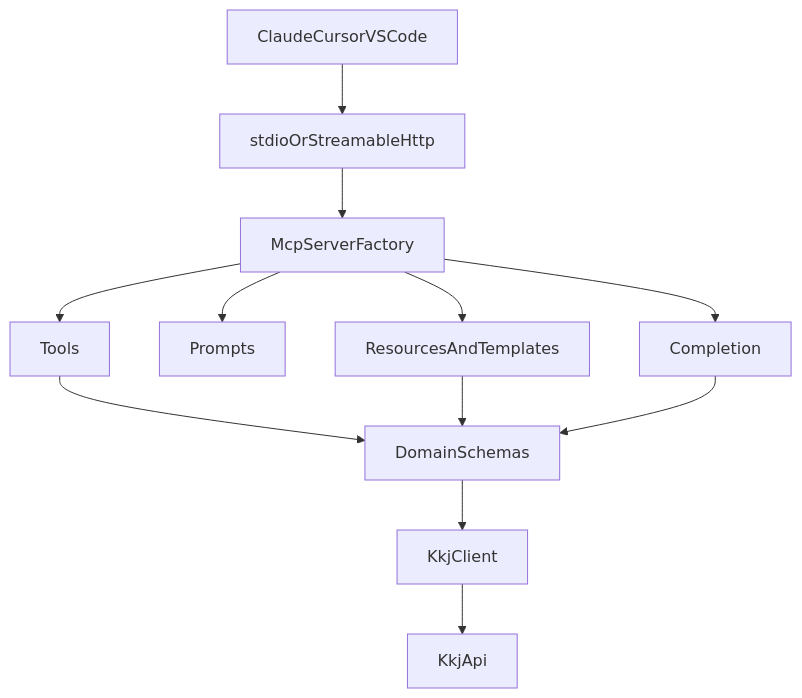
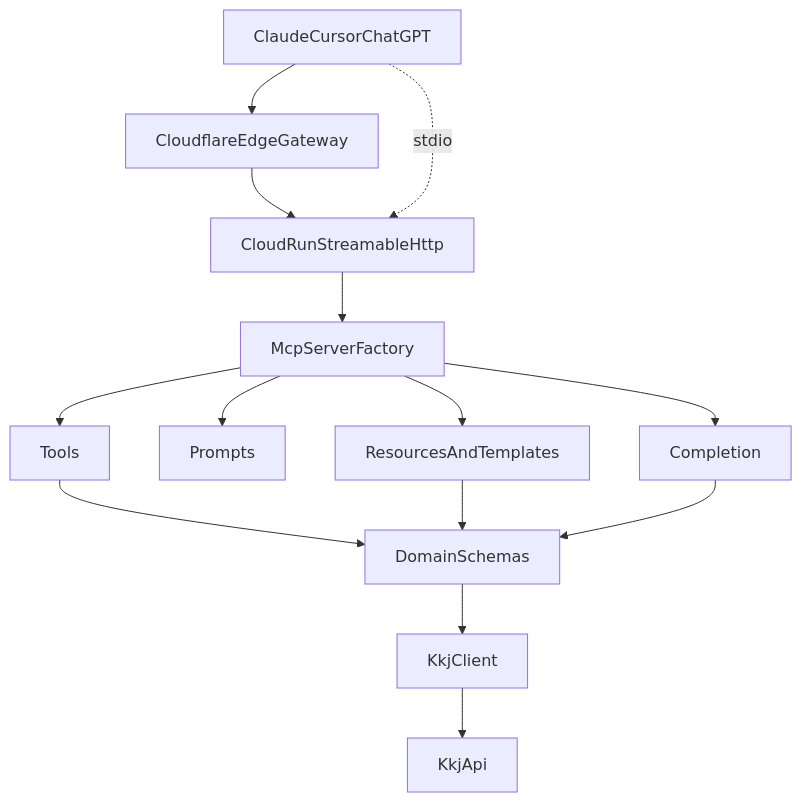
Before and after one commit to sugukurukabe/koko-call-mcp: the diagram in docs/api/media/architecture.md, drawn with Mermaid. The commit also changed other lines of this file and 37 other files, not shown here.

Commit message:
docs(web): sync all READMEs, docs, and public website pages to v0.10.2 + Cloudflare Edge (#11)

````diff
--- a/docs/api/media/architecture.md
+++ b/docs/api/media/architecture.md
@@ -7,14 +7,16 @@
 ```mermaid
 flowchart TD
-  client[ClaudeCursorVSCode] --> transport[stdioOrStreamableHttp]
+  client[ClaudeCursorChatGPT] --> edge[CloudflareEdgeGateway]
+  edge --> transport[CloudRunStreamableHttp]
+  client -. stdio .-> transport
   transport --> mcp[McpServerFactory]
   mcp --> tools[Tools]
   mcp --> prompts[Prompts]
   mcp --> resources[ResourcesAndTemplates]
   mcp --> completion[Completion]
   tools --> domain[DomainSchemas]
   resources --> domain
   completion --> domain
   domain --> api[KkjClient]
   api --> upstream[KkjApi]
 ```
````
